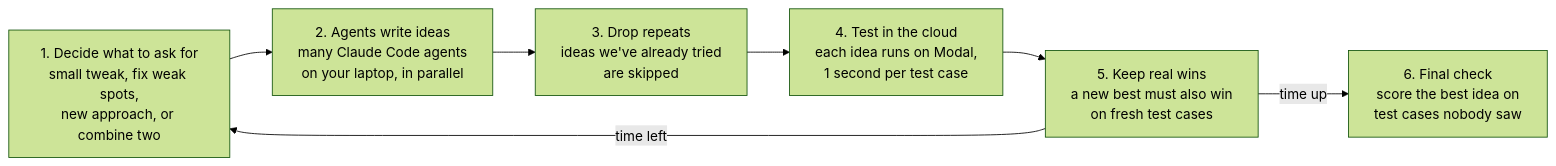
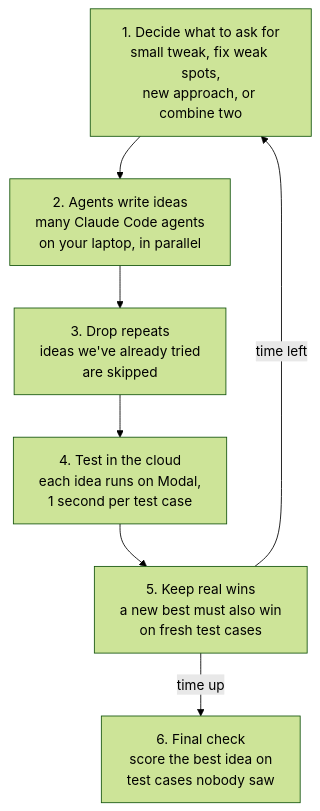
Before and after one commit to abdullah-athar/iterate-futurebiohackers: the diagram in autoresearch-optimizer/README.md, drawn with Mermaid (forest theme).

Commit message:
README: top-down flowchart for readability

````diff
--- a/autoresearch-optimizer/README.md
+++ b/autoresearch-optimizer/README.md
@@ -34,12 +34,12 @@
 ```mermaid
-flowchart LR
+flowchart TD
     A["1. Decide what to ask for<br/>small tweak, fix weak spots,<br/>new approach, or combine two"]
     B["2. Agents write ideas<br/>many Claude Code agents<br/>on your laptop, in parallel"]
     C["3. Drop repeats<br/>ideas we've already tried<br/>are skipped"]
     D["4. Test in the cloud<br/>each idea runs on Modal,<br/>1 second per test case"]
     E["5. Keep real wins<br/>a new best must also win<br/>on fresh test cases"]
     F["6. Final check<br/>score the best idea on<br/>test cases nobody saw"]
     A --> B --> C --> D --> E
     E -->|time left| A
     E -->|time up| F
 ```
````
